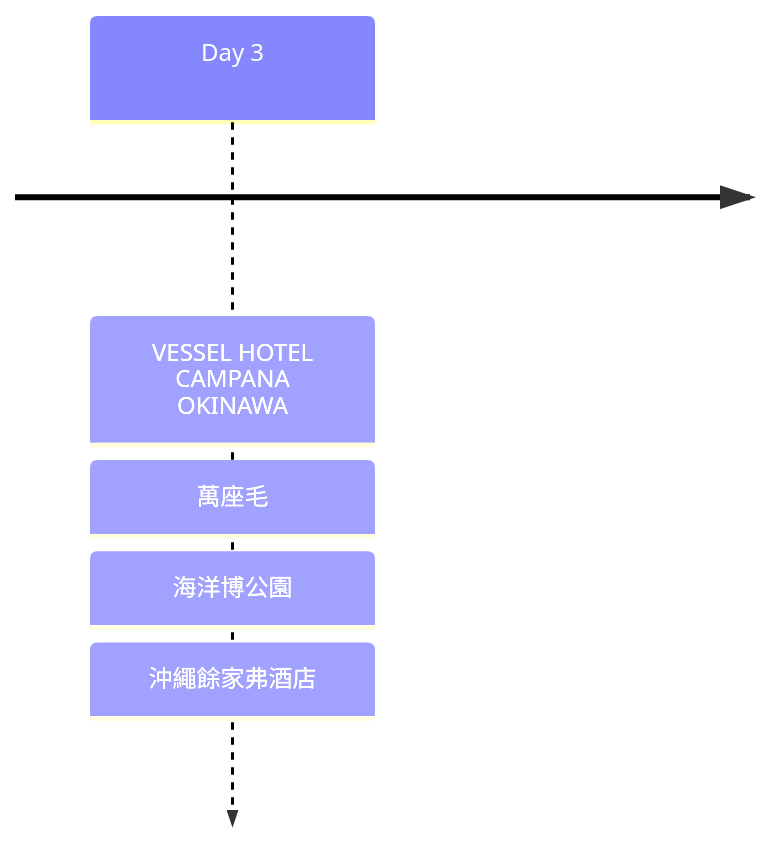
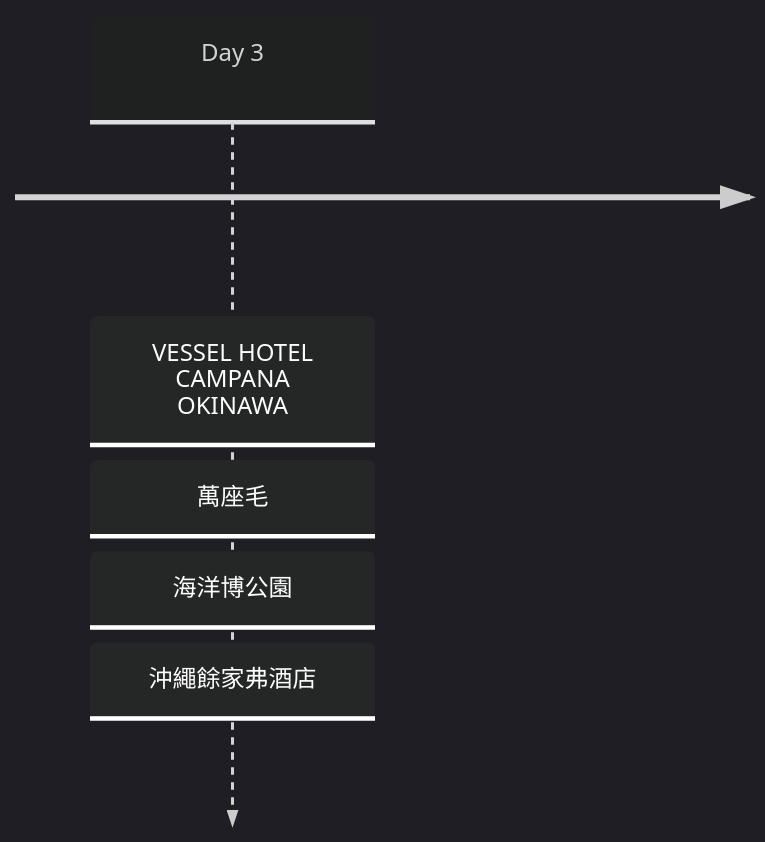
One commit to wilder640/trip changed the third of 12 diagrams in docs/blog/posts/okinawa/okinawa-2024-12/okinawa-2024-12.md. Above: the diagram before and after it, drawn with Mermaid. The commit also changed other lines of this file and 4 other files, not shown here.

````diff
--- a/docs/blog/posts/okinawa/okinawa-2024-12/okinawa-2024-12.md
+++ b/docs/blog/posts/okinawa/okinawa-2024-12/okinawa-2024-12.md
@@ -50,4 +51,5 @@
     ``` mermaid
+    %%{init: { 'logLevel': 'debug', 'theme': 'dark' } }%%
     timeline
         Day 3 : VESSEL HOTEL CAMPANA OKINAWA : 萬座毛 : 海洋博公園 : 沖繩餘家弗酒店
     ```
````
